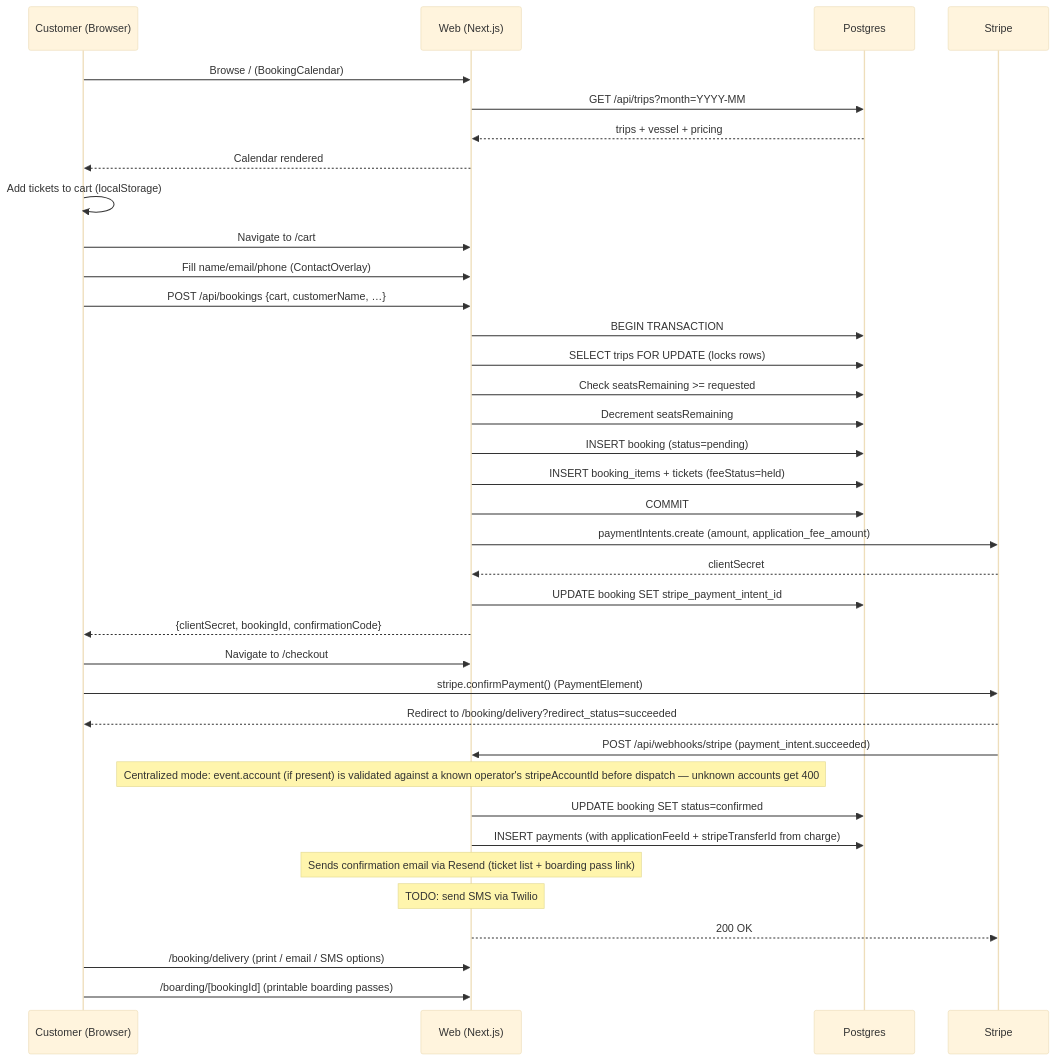
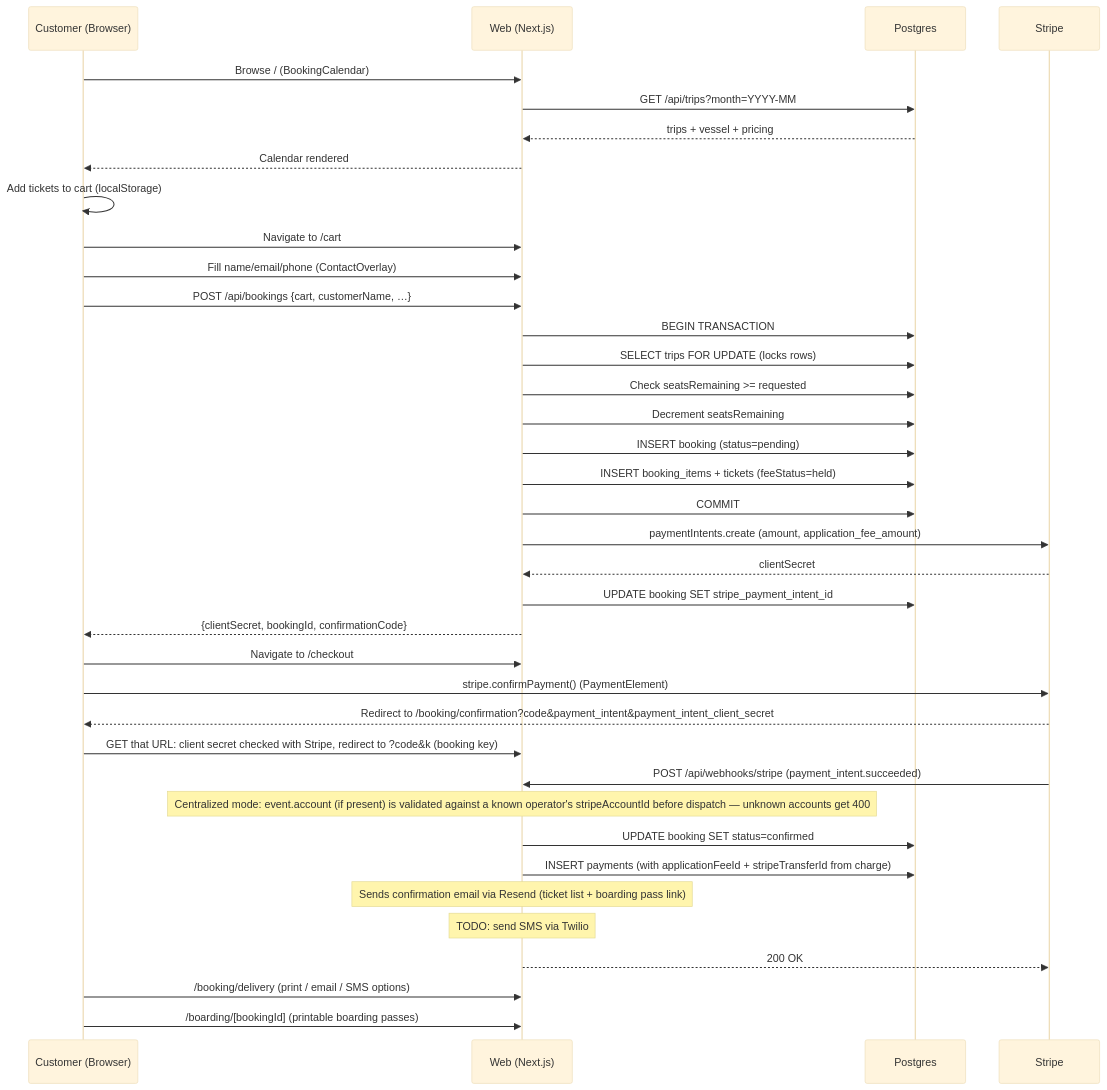
Before and after one commit to allonyaron/open-boat-fishing: the first of 4 diagrams in docs/system-flows.md, drawn with Mermaid (base theme). The commit also changed 33 other files, not shown here.

First line of the commit message:
Booking pages open only with a booking key; email my link (row 15) (#61)

````diff
--- a/docs/system-flows.md
+++ b/docs/system-flows.md
@@ -5,44 +5,45 @@
 ```mermaid
 sequenceDiagram
     participant C as Customer (Browser)
     participant W as Web (Next.js)
     participant DB as Postgres
     participant S as Stripe
 
     C->>W: Browse /  (BookingCalendar)
     W->>DB: GET /api/trips?month=YYYY-MM
     DB-->>W: trips + vessel + pricing
     W-->>C: Calendar rendered
 
     C->>C: Add tickets to cart (localStorage)
     C->>W: Navigate to /cart
     C->>W: Fill name/email/phone (ContactOverlay)
     C->>W: POST /api/bookings {cart, customerName, …}
 
     W->>DB: BEGIN TRANSACTION
     W->>DB: SELECT trips FOR UPDATE (locks rows)
     W->>DB: Check seatsRemaining >= requested
     W->>DB: Decrement seatsRemaining
     W->>DB: INSERT booking (status=pending)
     W->>DB: INSERT booking_items + tickets (feeStatus=held)
     W->>DB: COMMIT
     W->>S: paymentIntents.create (amount, application_fee_amount)
     S-->>W: clientSecret
     W->>DB: UPDATE booking SET stripe_payment_intent_id
     W-->>C: {clientSecret, bookingId, confirmationCode}
 
     C->>W: Navigate to /checkout
     C->>S: stripe.confirmPayment() (PaymentElement)
-    S-->>C: Redirect to /booking/delivery?redirect_status=succeeded
+    S-->>C: Redirect to /booking/confirmation?code&payment_intent&payment_intent_client_secret
+    C->>W: GET that URL: client secret checked with Stripe, redirect to ?code&k (booking key)
 
     S->>W: POST /api/webhooks/stripe  (payment_intent.succeeded)
     Note over W: Centralized mode: event.account (if present) is validated against a known operator's stripeAccountId before dispatch — unknown accounts get 400
     W->>DB: UPDATE booking SET status=confirmed
     W->>DB: INSERT payments (with applicationFeeId + stripeTransferId from charge)
     Note over W: Sends confirmation email via Resend (ticket list + boarding pass link)
     Note over W: TODO: send SMS via Twilio
     W-->>S: 200 OK
 
     C->>W: /booking/delivery  (print / email / SMS options)
     C->>W: /boarding/[bookingId]  (printable boarding passes)
 ```
````
